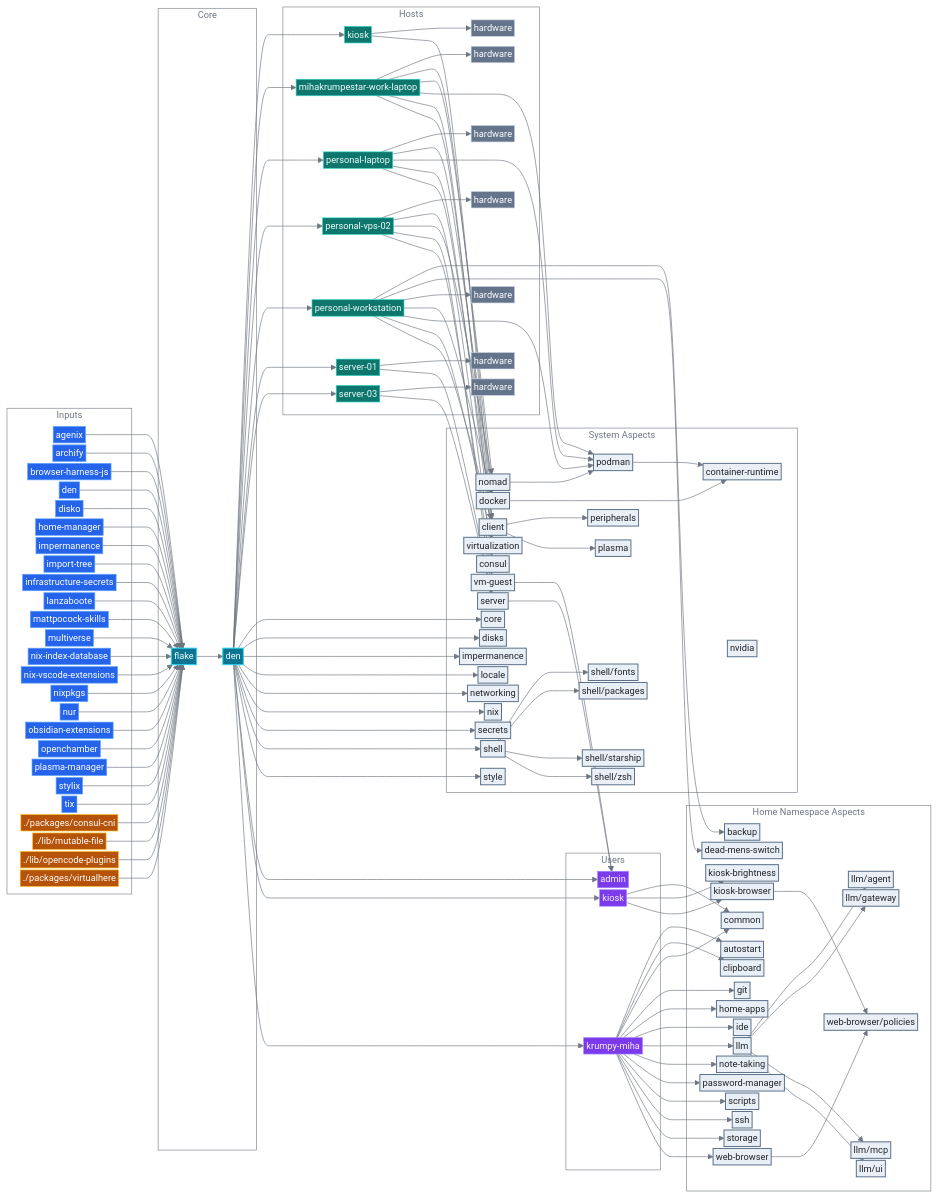
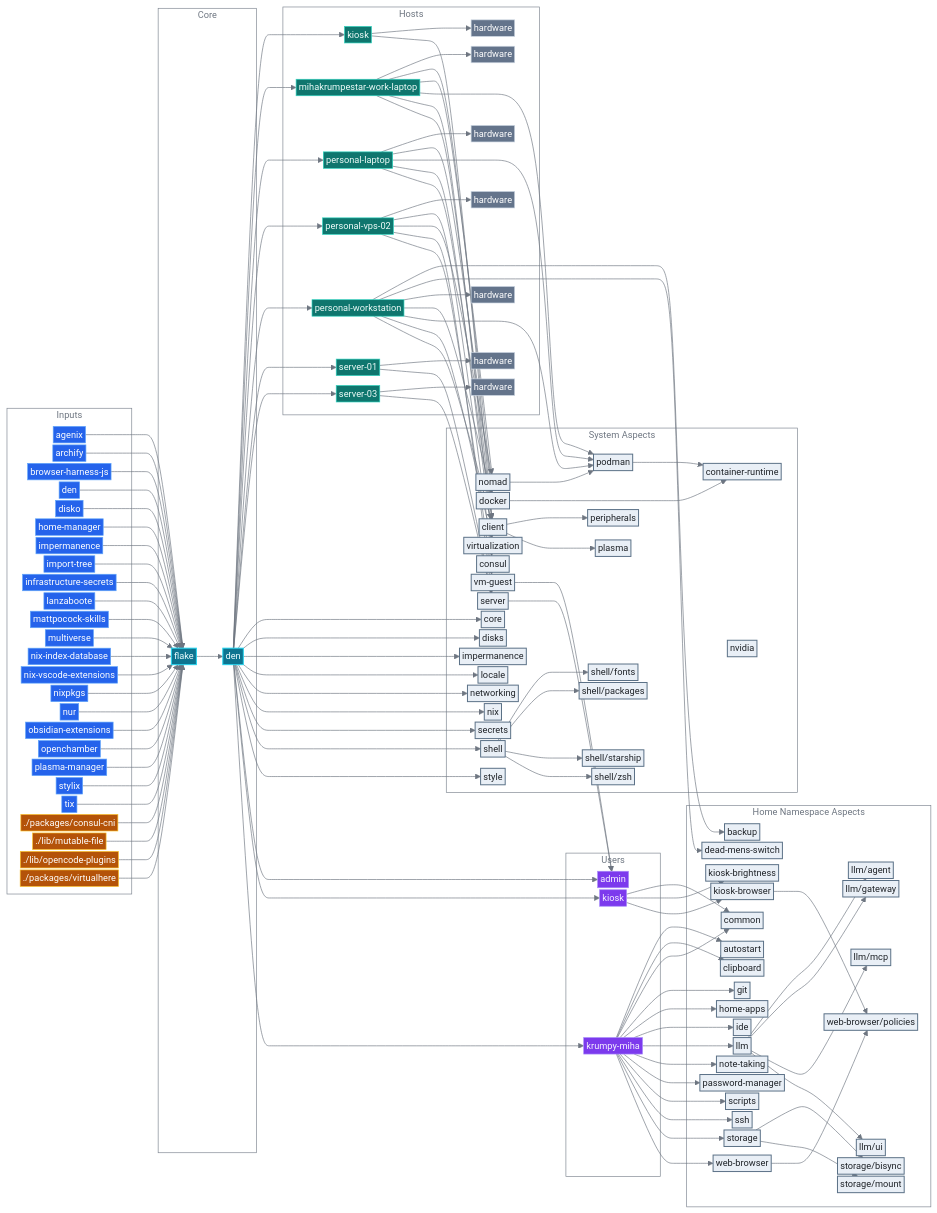
One commit to mihakrumpestar/infrastructure changed the diagram in README.md. Above: the diagram before and after it, drawn with Mermaid. The commit also changed other lines of this file and 6 other files, not shown here.

Commit message:
feat: improved bisync rclone storage with system tray

```diff
--- a/README.md
+++ b/README.md
@@ -212,7 +212,9 @@
         home_password_manager["password-manager"]:::aspect
         home_scripts["scripts"]:::aspect
         home_ssh["ssh"]:::aspect
+        home_storage_bisync["storage/bisync"]:::aspect
         home_storage["storage"]:::aspect
+        home_storage_mount["storage/mount"]:::aspect
         home_web_browser_policies["web-browser/policies"]:::aspect
         home_web_browser["web-browser"]:::aspect
     end
@@ -266,6 +268,8 @@
     home_llm --> home_llm_gateway
     home_llm --> home_llm_mcp
     home_llm --> home_llm_ui
+    home_storage --> home_storage_bisync
+    home_storage --> home_storage_mount
     home_web_browser --> home_web_browser_policies
     host_kiosk --> host_kiosk_hardware
     host_kiosk --> type_client
```
